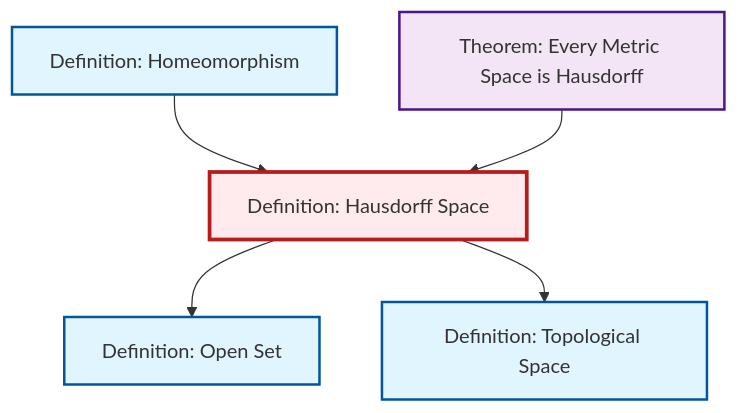
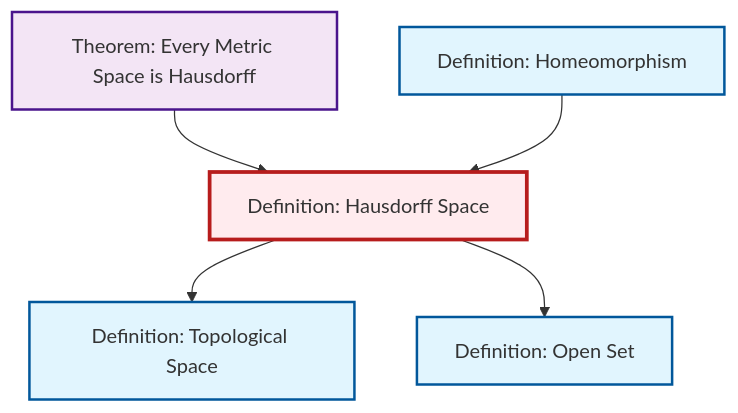
Before and after one commit to RK0429/ModernMath: the diagram in content/ja/topology/def-hausdorff.qmd, drawn with Mermaid. The commit also changed other lines of this file and 497 other files, not shown here.

````diff
--- a/content/ja/topology/def-hausdorff.qmd
+++ b/content/ja/topology/def-hausdorff.qmd
@@ -54,23 +54,23 @@
 ```{mermaid}
 %%| fig-cap: "Local dependency graph"
 graph TD
     classDef definition fill:#e1f5fe,stroke:#01579b,stroke-width:2px
     classDef theorem fill:#f3e5f5,stroke:#4a148c,stroke-width:2px
     classDef axiom fill:#fff3e0,stroke:#e65100,stroke-width:2px
     classDef example fill:#e8f5e9,stroke:#1b5e20,stroke-width:2px
     classDef current fill:#ffebee,stroke:#b71c1c,stroke-width:3px
-    thm-metric-hausdorff["Theorem: Every Metric Space is Hausdorff"]:::theorem
-    def-open-set["Definition: Open Set"]:::definition
-    def-topological-space["Definition: Topological Space"]:::definition
     def-hausdorff["Definition: Hausdorff Space"]:::definition
     def-homeomorphism["Definition: Homeomorphism"]:::definition
+    thm-metric-hausdorff["Theorem: Every Metric Space is Hausdorff"]:::theorem
+    def-topological-space["Definition: Topological Space"]:::definition
+    def-open-set["Definition: Open Set"]:::definition
+    thm-metric-hausdorff --> def-hausdorff
     def-homeomorphism --> def-hausdorff
-    thm-metric-hausdorff --> def-hausdorff
+    def-hausdorff --> def-topological-space
     def-hausdorff --> def-open-set
-    def-hausdorff --> def-topological-space
     class def-hausdorff current
+    click def-homeomorphism "def-homeomorphism.html" "Definition: Homeomorphismへ"
     click thm-metric-hausdorff "thm-metric-hausdorff.html" "Theorem: Every Metric Space is Hausdorffへ"
+    click def-topological-space "def-topological-space.html" "Definition: Topological Spaceへ"
     click def-open-set "def-open-set.html" "Definition: Open Setへ"
-    click def-topological-space "def-topological-space.html" "Definition: Topological Spaceへ"
-    click def-homeomorphism "def-homeomorphism.html" "Definition: Homeomorphismへ"
 ```
````
